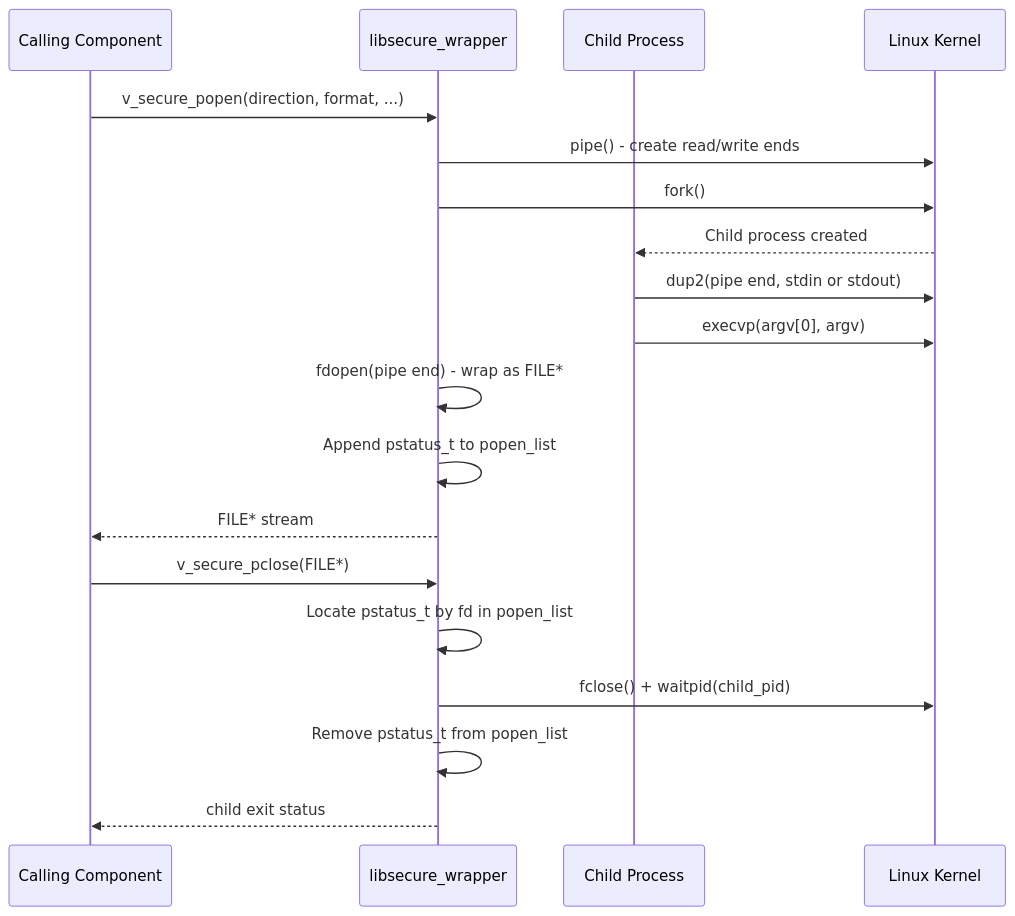
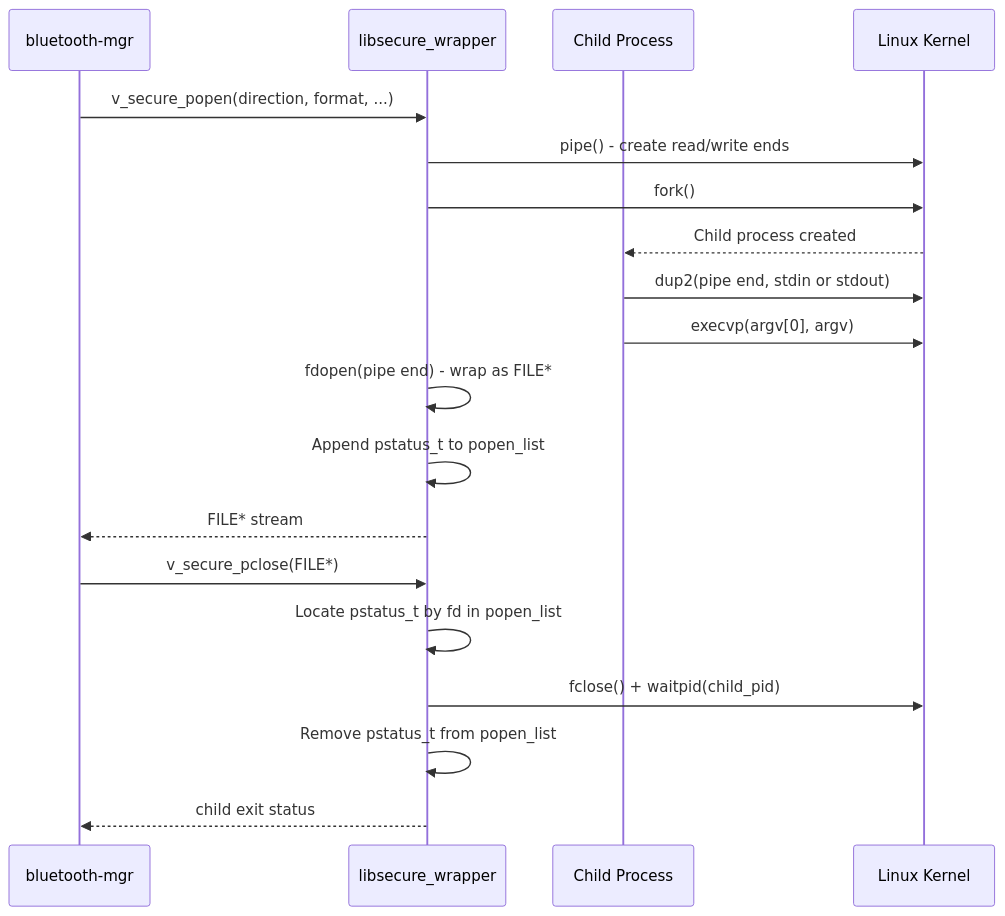
One commit to rns21/RDK_Documentation changed the seventh of 7 diagrams in docs/docu/RDKV-Documentations/libsyscallwrapper.md. Above: the diagram before and after it, drawn with Mermaid. The commit also changed other lines of this file, not shown here.

````diff
--- a/docs/docu/RDKV-Documentations/libsyscallwrapper.md
+++ b/docs/docu/RDKV-Documentations/libsyscallwrapper.md
@@ -287,23 +278,23 @@
 ```mermaid
 sequenceDiagram
-    participant Caller as Calling Component
+    participant Caller as bluetooth-mgr
     participant Lib as libsecure_wrapper
     participant Child as Child Process
     participant OS as Linux Kernel
 
     Caller->>Lib: v_secure_popen(direction, format, ...)
     Lib->>OS: pipe() - create read/write ends
     Lib->>OS: fork()
     OS-->>Child: Child process created
     Child->>OS: dup2(pipe end, stdin or stdout)
     Child->>OS: execvp(argv[0], argv)
     Lib->>Lib: fdopen(pipe end) - wrap as FILE*
     Lib->>Lib: Append pstatus_t to popen_list
     Lib-->>Caller: FILE* stream
 
     Caller->>Lib: v_secure_pclose(FILE*)
     Lib->>Lib: Locate pstatus_t by fd in popen_list
     Lib->>OS: fclose() + waitpid(child_pid)
     Lib->>Lib: Remove pstatus_t from popen_list
     Lib-->>Caller: child exit status
 ```
````
